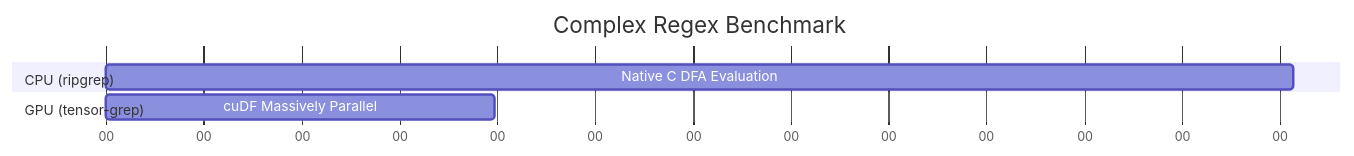
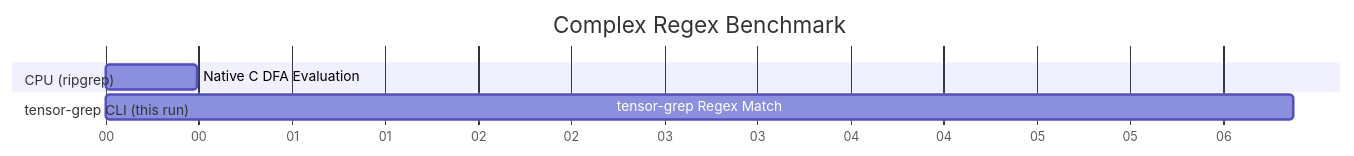
One commit to oimiragieo/tensor-grep changed the second of 3 diagrams in docs/PAPER.md. Above: the diagram before and after it, drawn with Mermaid. The commit also changed other lines of this file and 1 other file, not shown here.

````diff
--- a/docs/PAPER.md
+++ b/docs/PAPER.md
@@ -85,12 +99,12 @@
 ```mermaid
 gantt
     title Complex Regex Benchmark
     dateFormat  s
     axisFormat %S
     
     section CPU (ripgrep)
-    Native C DFA Evaluation :a1, 0, 0.607s
+    Native C DFA Evaluation :a1, 0, 0.491s
     
-    section GPU (tensor-grep)
-    cuDF Massively Parallel :a2, 0, 0.199s
+    section tensor-grep CLI (this run)
+    tensor-grep Regex Match :a2, 0, 6.378s
 ```
````
